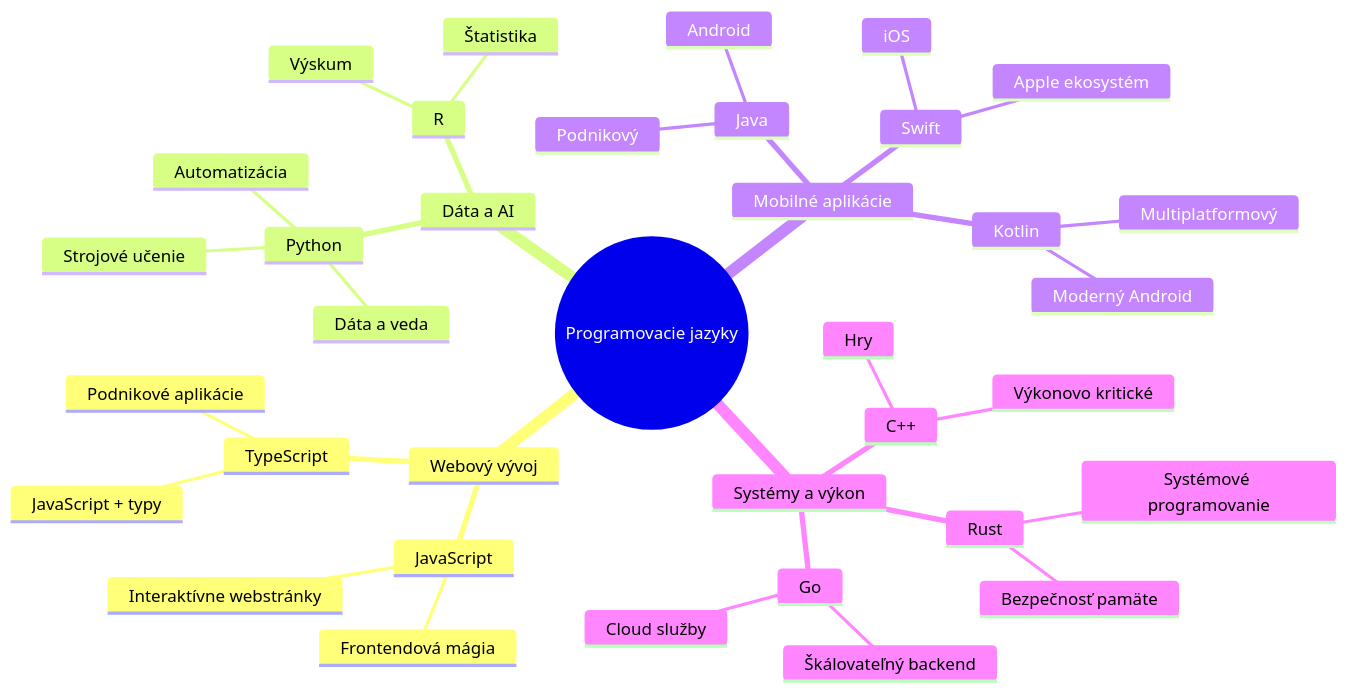
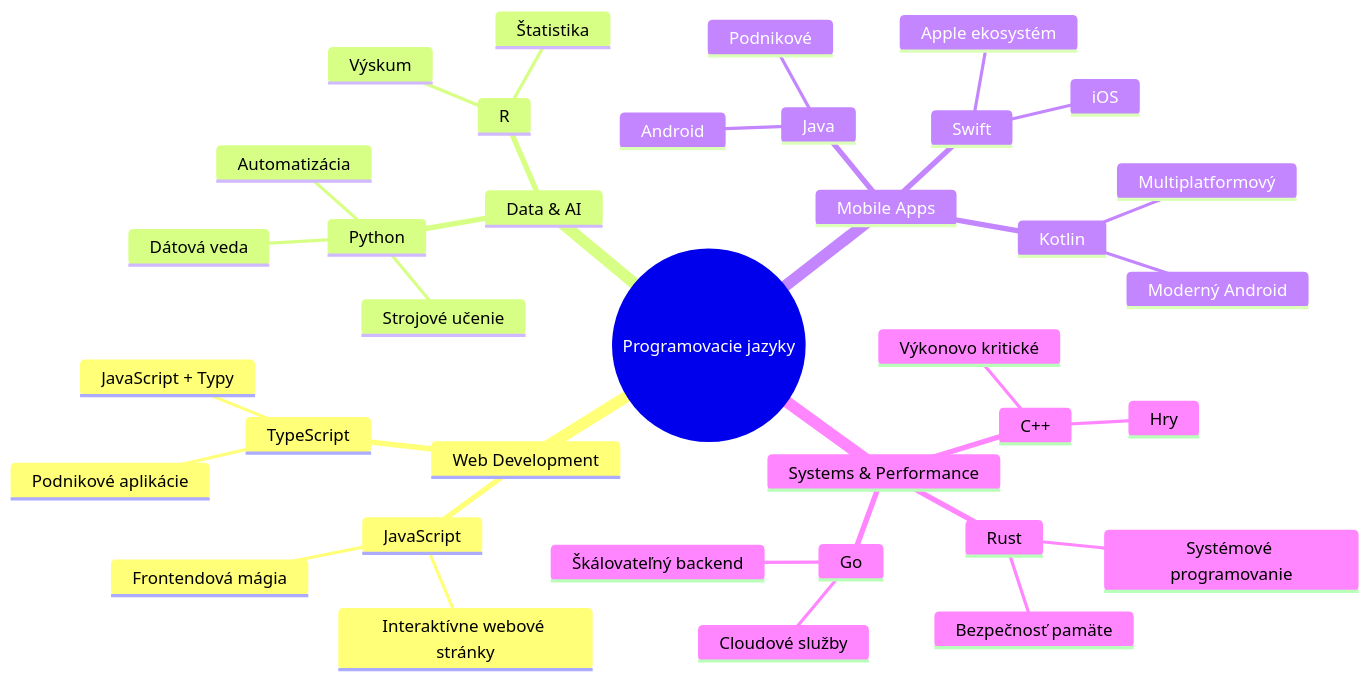
One commit to microsoft/Web-Dev-For-Beginners changed the second of 7 diagrams in translations/sk/1-getting-started-lessons/1-intro-to-programming-languages/README.md. Above: the diagram before and after it, drawn with Mermaid. The commit also changed other lines of this file and 11 other files, not shown here.

````diff
--- a/translations/sk/1-getting-started-lessons/1-intro-to-programming-languages/README.md
+++ b/translations/sk/1-getting-started-lessons/1-intro-to-programming-languages/README.md
@@ -85,39 +85,39 @@
 ```mermaid
 mindmap
   root((Programovacie jazyky))
-    Webový vývoj
+    Web Development
       JavaScript
         Frontendová mágia
-        Interaktívne webstránky
+        Interaktívne webové stránky
       TypeScript
-        JavaScript + typy
+        JavaScript + Typy
         Podnikové aplikácie
-    Dáta a AI
+    Data & AI
       Python
-        Dáta a veda
+        Dátová veda
         Strojové učenie
         Automatizácia
       R
         Štatistika
         Výskum
-    Mobilné aplikácie
+    Mobile Apps
       Java
         Android
-        Podnikový
+        Podnikové
       Swift
         iOS
         Apple ekosystém
       Kotlin
         Moderný Android
         Multiplatformový
-    Systémy a výkon
+    Systems & Performance
       C++
         Hry
         Výkonovo kritické
       Rust
         Bezpečnosť pamäte
         Systémové programovanie
       Go
-        Cloud služby
+        Cloudové služby
         Škálovateľný backend
 ```
````
